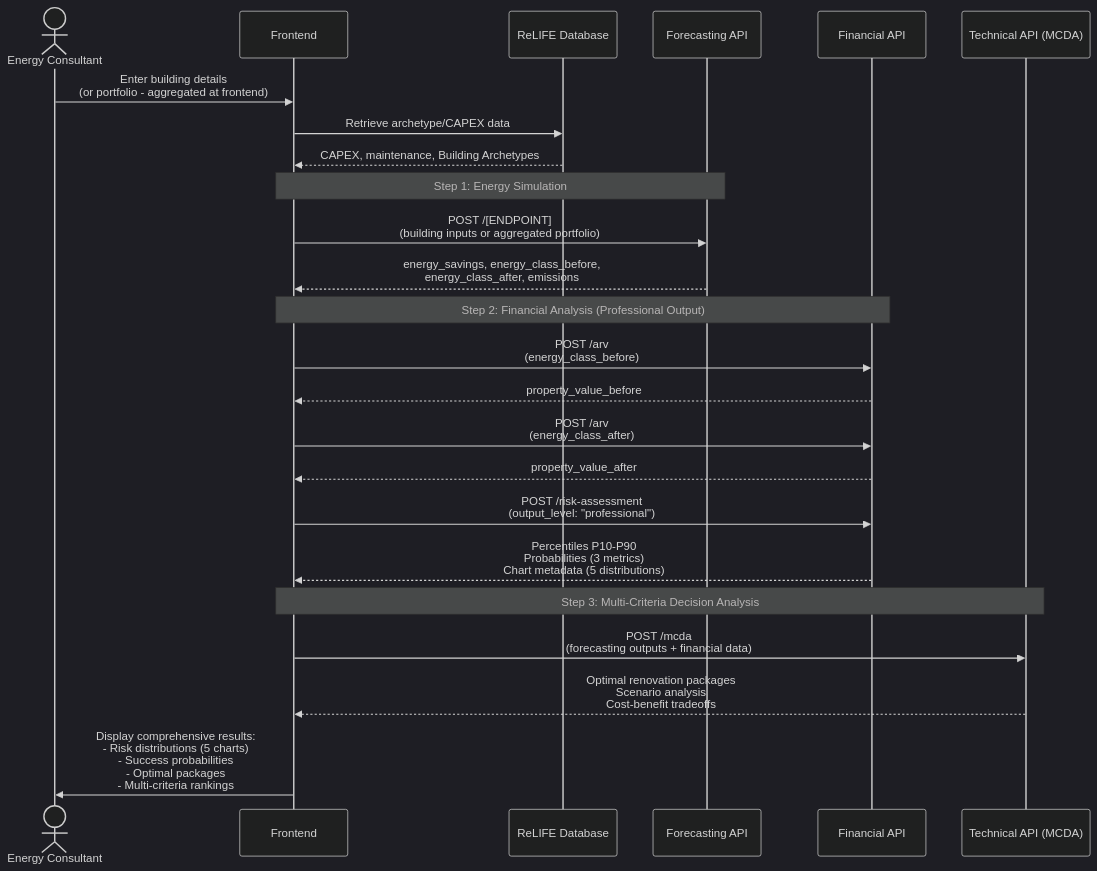
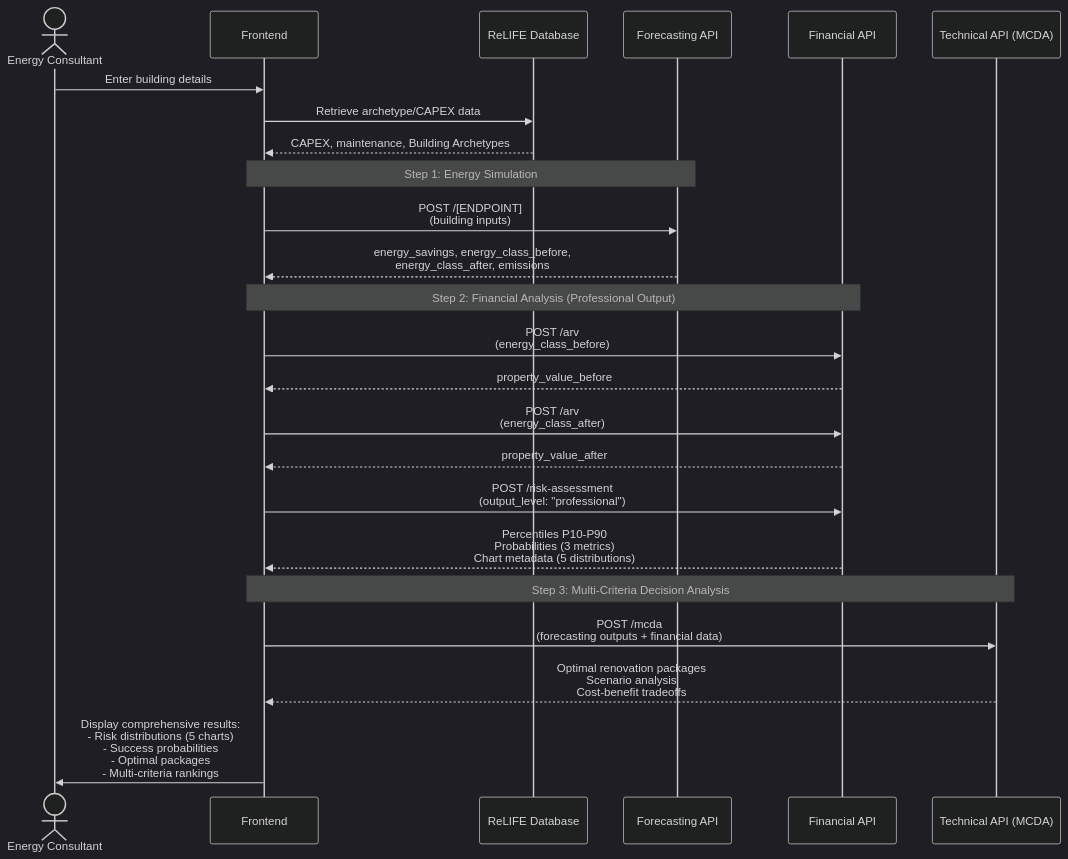
The first of 2 diagrams in flowcharts/ReLIFE_PRA_flowchart.md (ReLIFE-Project-EU/relife-financial-service), drawn with Mermaid (dark theme) before and after one commit. The commit also changed other lines of this file, not shown here.

Commit message:
update PRA flowchart

````diff
--- a/flowcharts/ReLIFE_PRA_flowchart.md
+++ b/flowcharts/ReLIFE_PRA_flowchart.md
@@ -39,31 +39,31 @@
 ```mermaid
 sequenceDiagram
     actor Professional as Energy Consultant
     participant Frontend
     participant DB as ReLIFE Database
     participant Forecasting as Forecasting API
     participant Financial as Financial API
     participant Technical as Technical API (MCDA)
     
-    Professional->>Frontend: Enter building details<br/>(or portfolio - aggregated at frontend)
+    Professional->>Frontend: Enter building details
     Frontend->>DB: Retrieve archetype/CAPEX data
     DB-->>Frontend: CAPEX, maintenance, Building Archetypes
     
     Note over Frontend,Forecasting: Step 1: Energy Simulation
-    Frontend->>Forecasting: POST /[ENDPOINT]<br/>(building inputs or aggregated portfolio)
+    Frontend->>Forecasting: POST /[ENDPOINT]<br/>(building inputs)
     Forecasting-->>Frontend: energy_savings, energy_class_before,<br/>energy_class_after, emissions
     
     Note over Frontend,Financial: Step 2: Financial Analysis (Professional Output)
     Frontend->>Financial: POST /arv<br/>(energy_class_before)
     Financial-->>Frontend: property_value_before
     Frontend->>Financial: POST /arv<br/>(energy_class_after)
     Financial-->>Frontend: property_value_after
     Frontend->>Financial: POST /risk-assessment<br/>(output_level: "professional")
     Financial-->>Frontend: Percentiles P10-P90<br/>Probabilities (3 metrics)<br/>Chart metadata (5 distributions)
     
     Note over Frontend,Technical: Step 3: Multi-Criteria Decision Analysis
     Frontend->>Technical: POST /mcda<br/>(forecasting outputs + financial data)
     Technical-->>Frontend: Optimal renovation packages<br/>Scenario analysis<br/>Cost-benefit tradeoffs
     
     Frontend->>Professional: Display comprehensive results:<br/>- Risk distributions (5 charts)<br/>- Success probabilities<br/>- Optimal packages<br/>- Multi-criteria rankings
 ```
````
